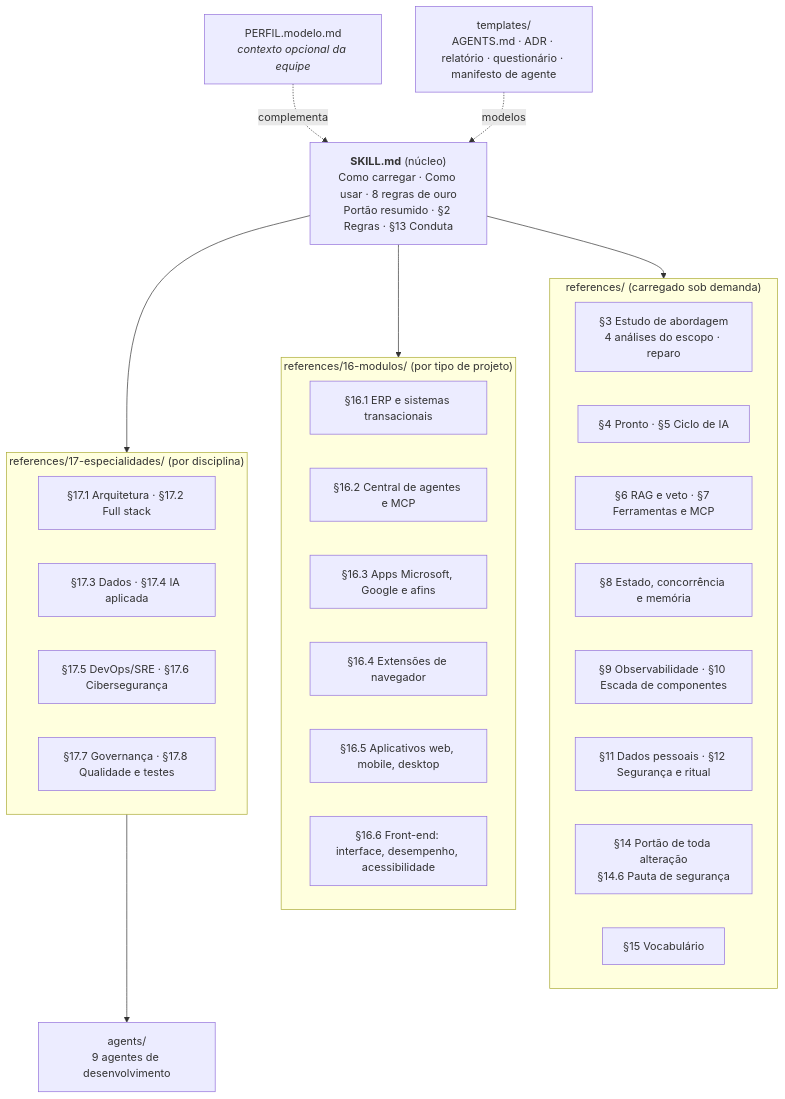
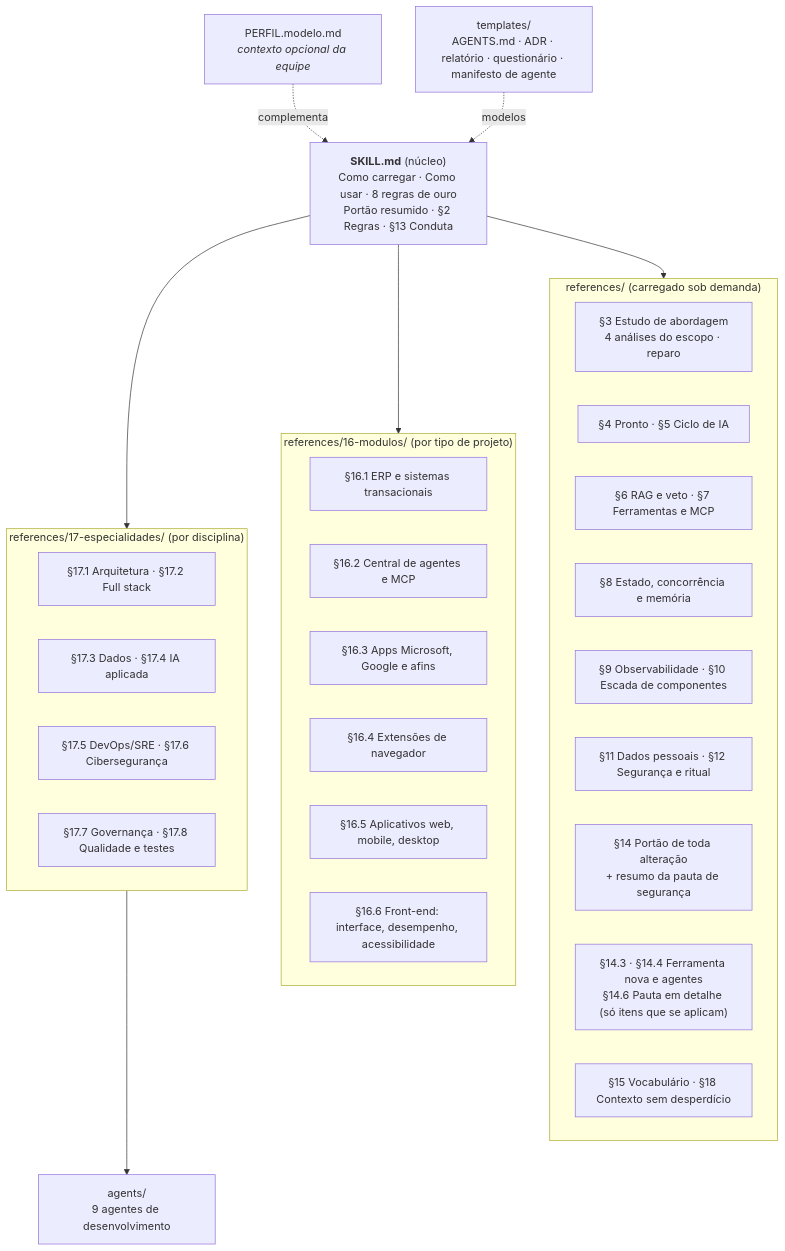
One commit to sergiojuniorreis/metodo-engenharia-software changed the diagram in README.md. Above: the diagram before and after it, drawn with Mermaid. The commit also changed other lines of this file and 1 other file, not shown here.

Commit message:
docs(readme): começo rápido no topo, §18 e aviso de custo de contexto dos agentes

````diff
--- a/README.md
+++ b/README.md
@@ -71,42 +249,43 @@
 ```mermaid
 flowchart TD
     N["<b>SKILL.md</b> (núcleo)<br/>Como carregar · Como usar · 8 regras de ouro<br/>Portão resumido · §2 Regras · §13 Conduta"]
     P["PERFIL.modelo.md<br/><i>contexto opcional da equipe</i>"]
 
     subgraph REF["references/ (carregado sob demanda)"]
         R3["§3 Estudo de abordagem<br/>4 análises do escopo · reparo"]
         R45["§4 Pronto · §5 Ciclo de IA"]
         R67["§6 RAG e veto · §7 Ferramentas e MCP"]
         R8["§8 Estado, concorrência e memória"]
         R910["§9 Observabilidade · §10 Escada de componentes"]
         R1112["§11 Dados pessoais · §12 Segurança e ritual"]
-        R14["§14 Portão de toda alteração<br/>§14.6 Pauta de segurança"]
-        R15["§15 Vocabulário"]
+        R14["§14 Portão de toda alteração<br/>+ resumo da pauta de segurança"]
+        R146["§14.3 · §14.4 Ferramenta nova e agentes<br/>§14.6 Pauta em detalhe (só itens que se aplicam)"]
+        R15["§15 Vocabulário · §18 Contexto sem desperdício"]
     end
 
     subgraph MOD["references/16-modulos/ (por tipo de projeto)"]
         M1["§16.1 ERP e sistemas transacionais"]
         M2["§16.2 Central de agentes e MCP"]
         M3["§16.3 Apps Microsoft, Google e afins"]
         M4["§16.4 Extensões de navegador"]
         M5["§16.5 Aplicativos web, mobile, desktop"]
         M6["§16.6 Front-end: interface, desempenho, acessibilidade"]
     end
 
     subgraph ESP["references/17-especialidades/ (por disciplina)"]
         E1["§17.1 Arquitetura · §17.2 Full stack"]
         E2["§17.3 Dados · §17.4 IA aplicada"]
         E3["§17.5 DevOps/SRE · §17.6 Cibersegurança"]
         E4["§17.7 Governança · §17.8 Qualidade e testes"]
     end
 
     AG["agents/<br/>9 agentes de desenvolvimento"]
     TP["templates/<br/>AGENTS.md · ADR · relatório · questionário · manifesto de agente"]
 
     N --> REF
     N --> MOD
     N --> ESP
     ESP --> AG
     P -. complementa .-> N
     TP -. modelos .-> N
 ```
````
